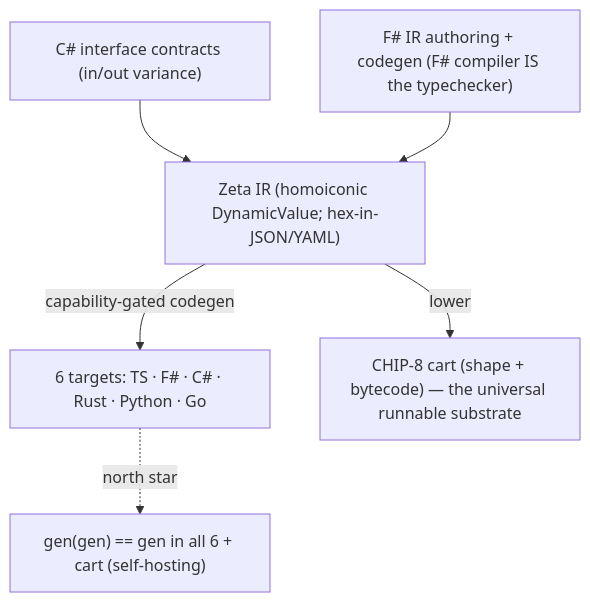
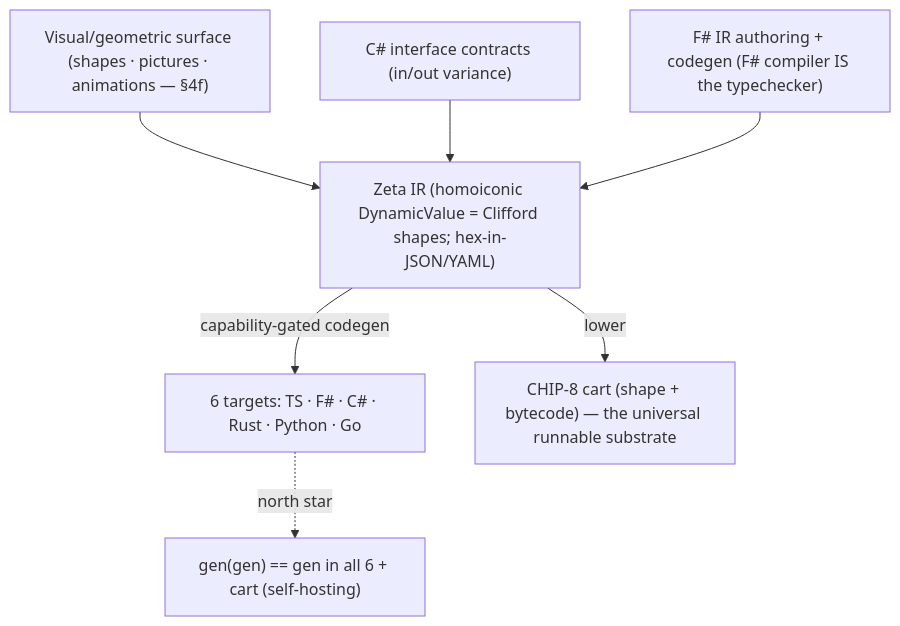
Before and after one commit to AceHack/Zeta: the diagram in docs/research/2026-06-14-zeta-language-ir-compiler-v2-capability-interface-principle-fsharp-host-csharp-contracts-self-hosting-futamura.md, drawn with Mermaid. The commit also changed other lines of this file, not shown here.

````diff
--- a/docs/research/2026-06-14-zeta-language-ir-compiler-v2-capability-interface-principle-fsharp-host-csharp-contracts-self-hosting-futamura.md
+++ b/docs/research/2026-06-14-zeta-language-ir-compiler-v2-capability-interface-principle-fsharp-host-csharp-contracts-self-hosting-futamura.md
@@ -31,8 +31,9 @@
 ```mermaid
 graph TD
+    Visual["Visual/geometric surface (shapes · pictures · animations — §4f)"] --> IR
     Contracts["C# interface contracts (in/out variance)"] --> IR
-    FSharp["F# IR authoring + codegen (F# compiler IS the typechecker)"] --> IR["Zeta IR (homoiconic DynamicValue; hex-in-JSON/YAML)"]
+    FSharp["F# IR authoring + codegen (F# compiler IS the typechecker)"] --> IR["Zeta IR (homoiconic DynamicValue = Clifford shapes; hex-in-JSON/YAML)"]
     IR -->|capability-gated codegen| Targets["6 targets: TS · F# · C# · Rust · Python · Go"]
     IR -->|lower| Chip8["CHIP-8 cart (shape + bytecode) — the universal runnable substrate"]
     Targets -.->|north star| Self["gen(gen) == gen in all 6 + cart (self-hosting)"]
 ```
````
